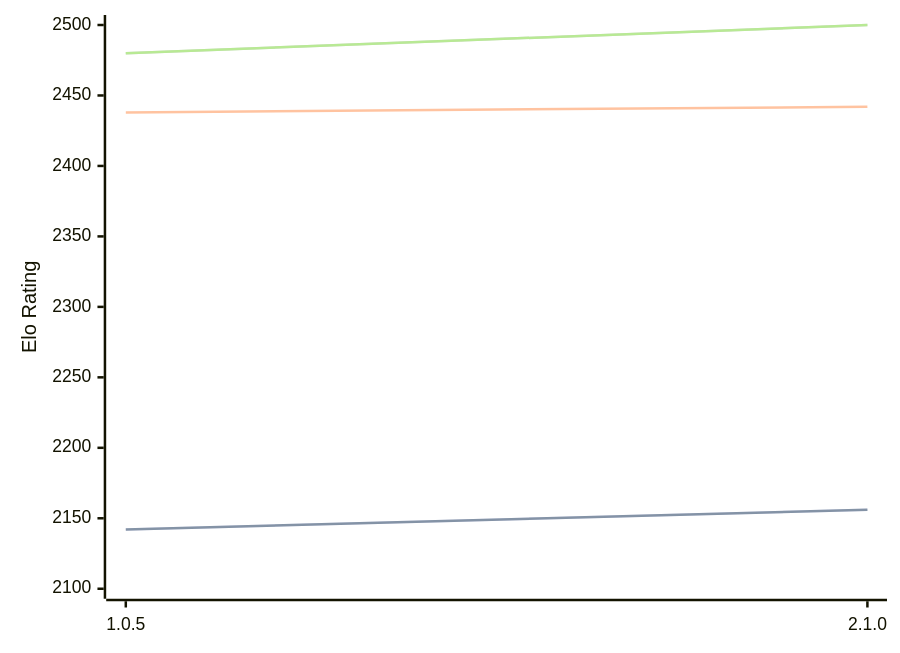
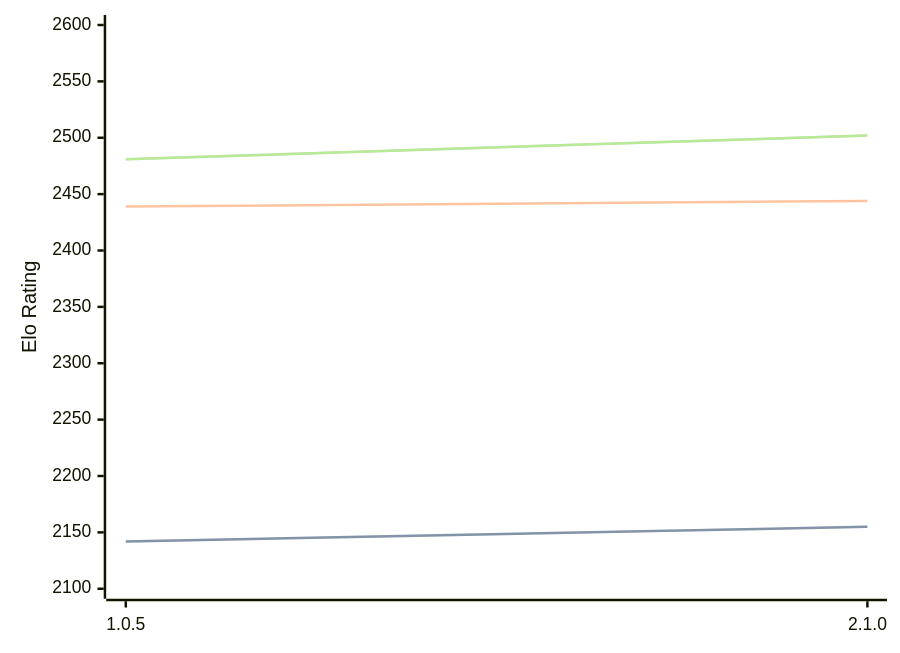
One commit to computer-chess-index/cci changed the diagram in engines/Ruffian.md. Above: the diagram before and after it, drawn with Mermaid. The commit also changed other lines of this file, not shown here.

Commit message:
Update CCI Ratings (ELO VLTC) - 2026-09-01

````diff
--- a/engines/Ruffian.md
+++ b/engines/Ruffian.md
@@ -32,11 +32,11 @@
 ```mermaid
 %%{init: {"theme":"base","themeVariables":{"seriesColors:['#a3a3a3','#222221','#faa371']}}}%%
 xychart-beta
   x-axis ["1.0.5", "2.1.0"]
-  y-axis "Elo Rating" 2100 --> 2500
-  line "" [2142, 2156]
-  line "STC (8.0+0.08s)" [2142, 2156]
-  line "LTC (60.0+0.60s)" [2438, 2442]
-  line "" [2480, 2500]
-  line "VLTC (2m24s+1.12s)" [2480, 2500]
+  y-axis "Elo Rating" 2100 --> 2600
+  line "" [2142, 2155]
+  line "STC (8.0+0.08s)" [2142, 2155]
+  line "LTC (60.0+0.60s)" [2439, 2444]
+  line "" [2481, 2502]
+  line "VLTC (2m24s+1.12s)" [2481, 2502]
 ```
````
